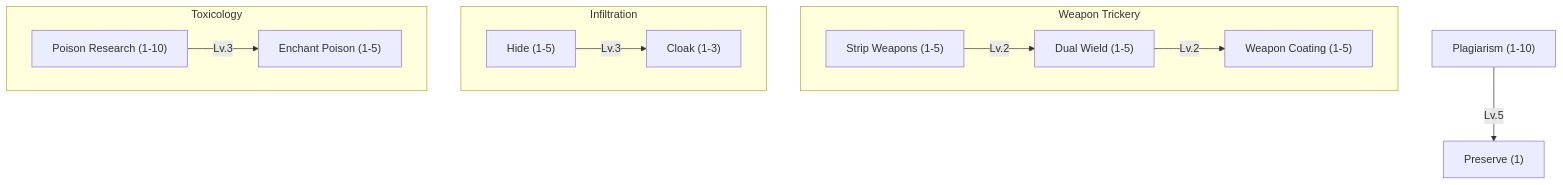
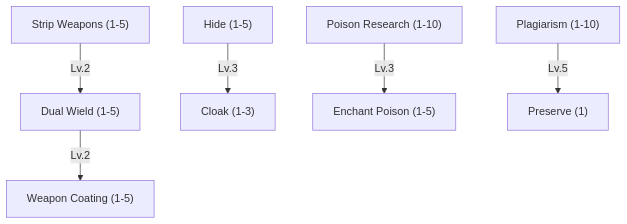
One commit to tfelix/bestia-docs changed diagram 16 of 17 in content/docs/mechanics/master.md. Above: the diagram before and after it, drawn with Mermaid. The commit also changed other lines of this file and 1 other file, not shown here.

````diff
--- a/content/docs/mechanics/master.md
+++ b/content/docs/mechanics/master.md
@@ -2190,27 +2272,21 @@
 ```mermaid
 graph TD
-    subgraph "Weapon Trickery"
-        StripWeapons["Strip Weapons (1-5)"]
-        DualWield["Dual Wield (1-5)"]
-        WeaponCoating["Weapon Coating (1-5)"]
-    end
+    StripWeapons["Strip Weapons (1-5)"]
+    DualWield["Dual Wield (1-5)"]
+    WeaponCoating["Weapon Coating (1-5)"]
 
-    subgraph Infiltration
-        Hide["Hide (1-5)"]
-        Cloak["Cloak (1-3)"]
-    end
+    Hide["Hide (1-5)"]
+    Cloak["Cloak (1-3)"]
 
-    subgraph Toxicology
-        PoisonResearch["Poison Research (1-10)"]
-        EnchantPoison["Enchant Poison (1-5)"]
-    end
+    PoisonResearch["Poison Research (1-10)"]
+    EnchantPoison["Enchant Poison (1-5)"]
 
     Plagiarism["Plagiarism (1-10)"]
     Preserve["Preserve (1)"]
 
     StripWeapons -->|Lv.2| DualWield
     DualWield -->|Lv.2| WeaponCoating
     Hide -->|Lv.3| Cloak
     PoisonResearch -->|Lv.3| EnchantPoison
     Plagiarism -->|Lv.5| Preserve
 ```
````
